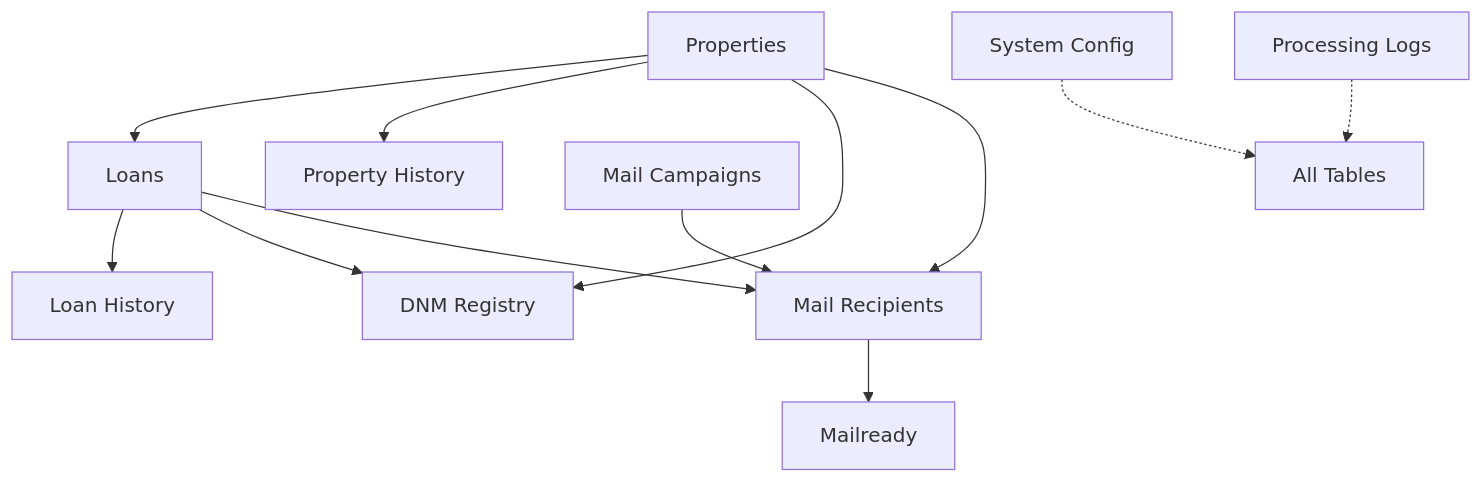
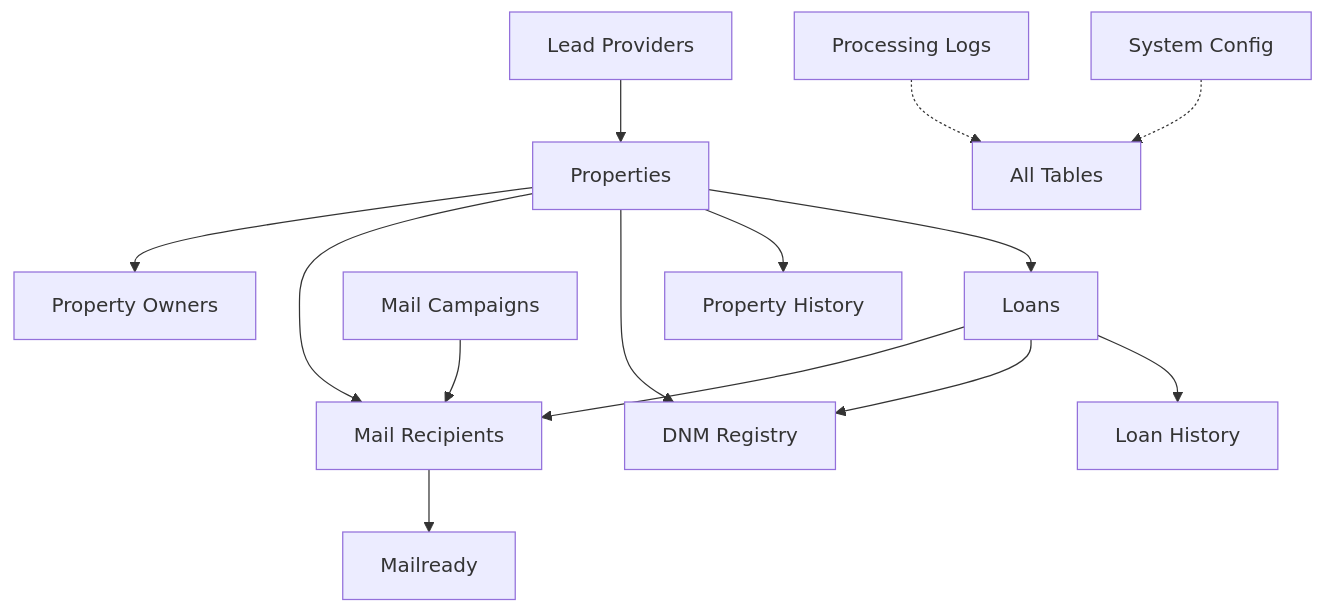
One commit to sboggsEHL/Mail_Machine changed the diagram in Seans-dumbdumb-db-guide.md. Above: the diagram before and after it, drawn with Mermaid. The commit also changed other lines of this file and 11 other files, not shown here.

````diff
--- a/Seans-dumbdumb-db-guide.md
+++ b/Seans-dumbdumb-db-guide.md
@@ -7,14 +7,16 @@
 ```mermaid
 graph TD
     A[Properties] --> B[Loans]
     A --> C[Property History]
     B --> D[Loan History]
     A --> E[DNM Registry]
     B --> E
     A --> F[Mail Recipients]
     B --> F
     G[Mail Campaigns] --> F
     F --> H[Mailready]
     I[System Config] -.-> All[All Tables]
     J[Processing Logs] -.-> All
+    A --> K[Property Owners]
+    L[Lead Providers] --> A
 ```
````
